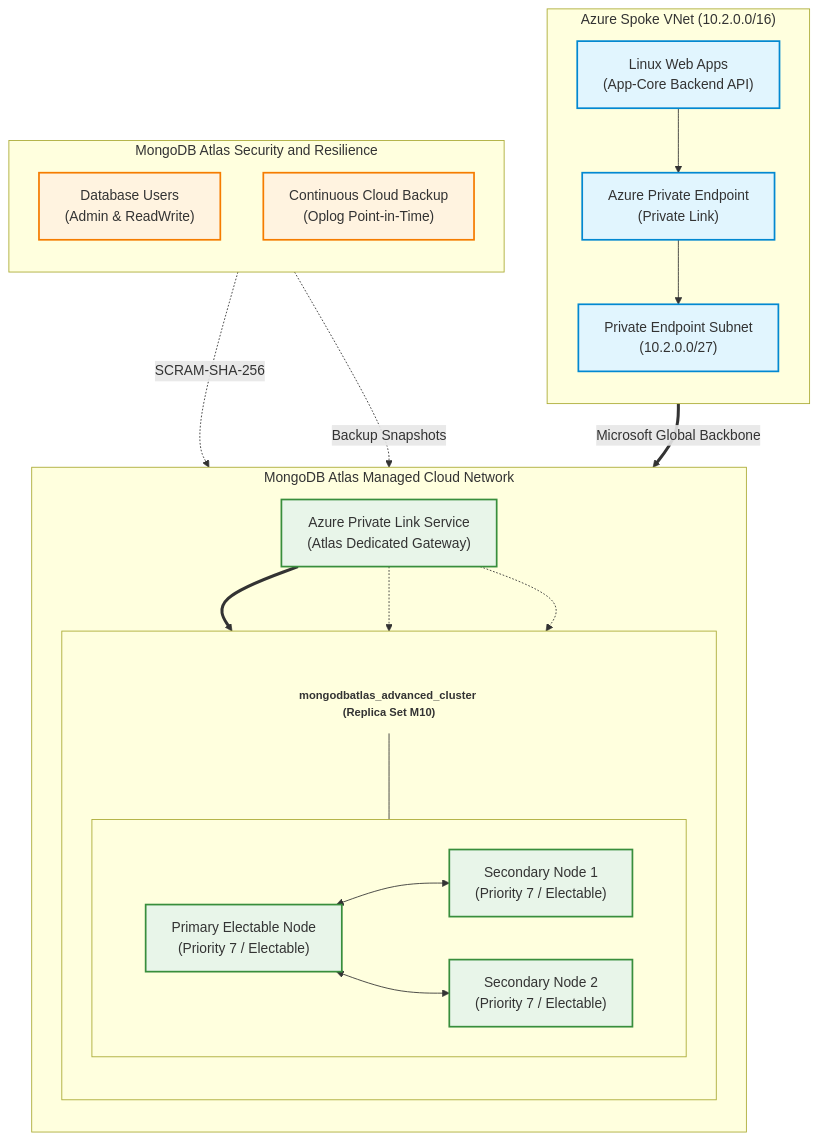
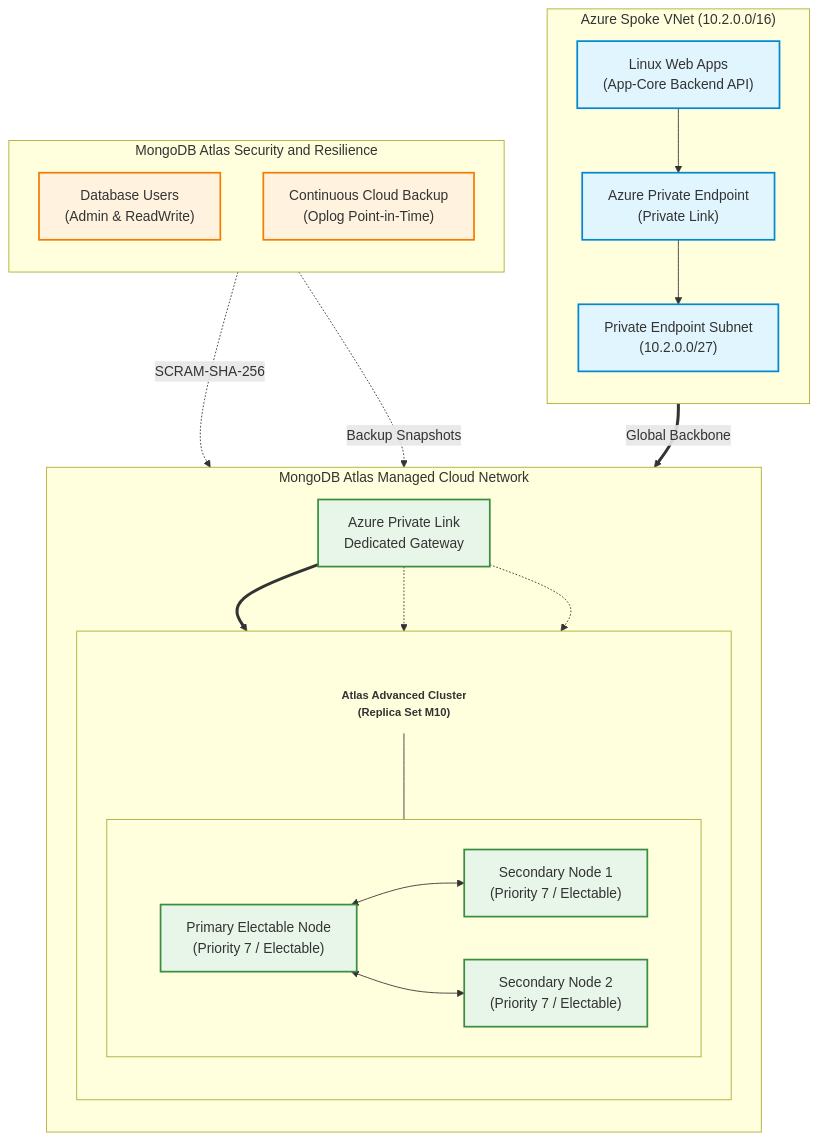
Before and after one commit to nubenetes/terraform-azure-devops-agentic: the sixth of 6 diagrams in README.md, drawn with Mermaid. The commit also changed other lines of this file and 23 other files, not shown here.

Commit message:
docs: establish automated Mermaid validator and eliminate text clipping repo-wide

````diff
--- a/README.md
+++ b/README.md
@@ -679,51 +666,46 @@
 ```mermaid
 flowchart TD
     classDef azure fill:#e1f5fe,stroke:#0288d1,stroke-width:2px;
     classDef mongo fill:#e8f5e9,stroke:#388e3c,stroke-width:2px;
     classDef sec fill:#fff3e0,stroke:#f57c00,stroke-width:2px;
     classDef title fill:none,stroke:none,font-weight:bold,font-size:13px;
-
     subgraph Azure_Spoke ["Azure Spoke VNet (10.2.0.0/16)"]
         direction TB
         WebApps["Linux Web Apps<br/>(App-Core Backend API)"]
         PE["Azure Private Endpoint<br/>(Private Link)"]
         PE_Subnet["Private Endpoint Subnet<br/>(10.2.0.0/27)"]
         WebApps --> PE
         PE --> PE_Subnet
     end
-
     subgraph Mongo_Network ["MongoDB Atlas Managed Cloud Network"]
         direction TB
-        PLS["Azure Private Link Service<br/>(Atlas Dedicated Gateway)"]
+        PLS["Azure Private Link<br/>Dedicated Gateway"]
         subgraph Replica_Set [" "]
             direction TB
-            R_Title["mongodbatlas_advanced_cluster (Replica Set M10)"]:::title
+            R_Title["Atlas Advanced Cluster<br/>(Replica Set M10)"]:::title
             subgraph Nodes [" "]
                 direction LR
                 Primary["Primary Electable Node<br/>(Priority 7 / Electable)"]
                 Secondary1["Secondary Node 1<br/>(Priority 7 / Electable)"]
                 Secondary2["Secondary Node 2<br/>(Priority 7 / Electable)"]
                 Primary <--> Secondary1
                 Primary <--> Secondary2
             end
             R_Title --- Nodes
         end
         PLS ==> Primary
         PLS -.-> Secondary1
         PLS -.-> Secondary2
     end
-
     subgraph Atlas_Governance ["MongoDB Atlas Security and Resilience"]
         direction TB
         DB_Users["Database Users<br/>(Admin & ReadWrite)"]
         Cloud_Backup["Continuous Cloud Backup<br/>(Oplog Point-in-Time)"]
     end
-
-    PE_Subnet ==>|"Microsoft Global Backbone"| PLS
+    PE_Subnet ==>|"Global Backbone"| PLS
     DB_Users -.->|"SCRAM-SHA-256"| Primary
     Cloud_Backup -.->|"Backup Snapshots"| Secondary2
-
     class WebApps,PE,PE_Subnet azure;
     class PLS,Primary,Secondary1,Secondary2 mongo;
     class DB_Users,Cloud_Backup sec;
 ```
````
